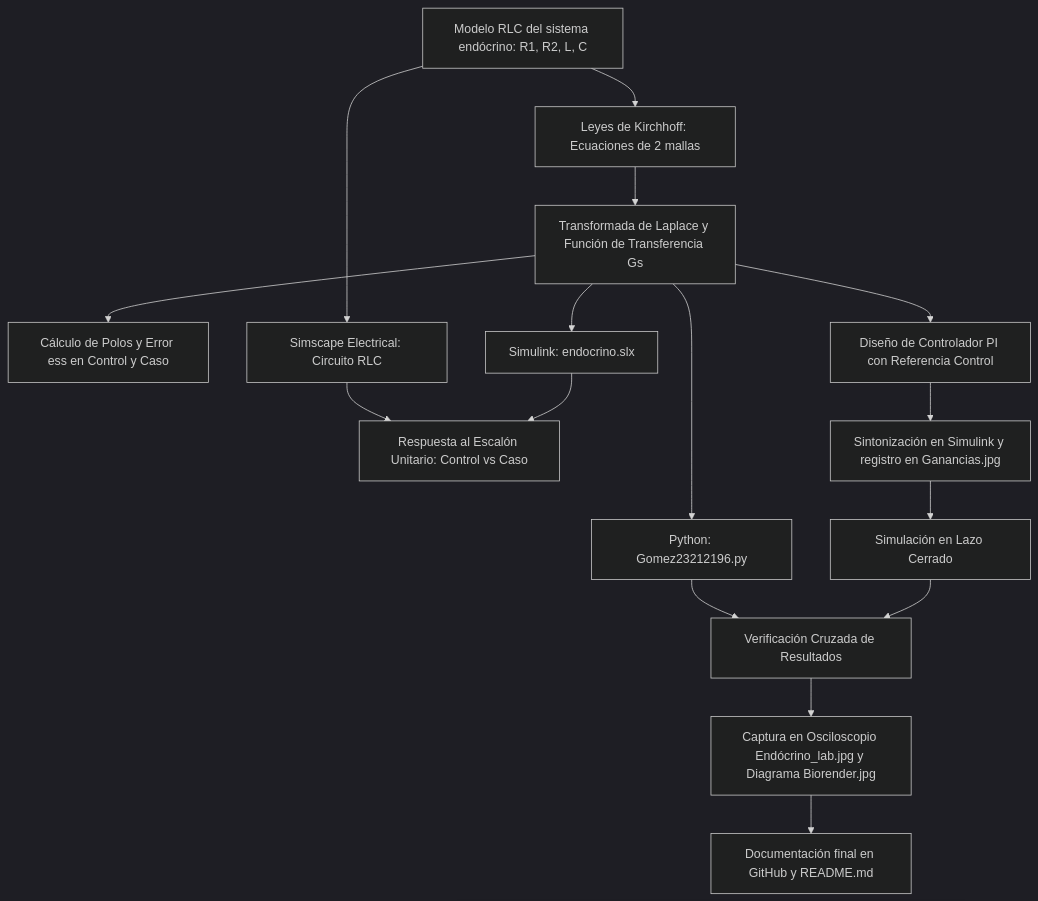
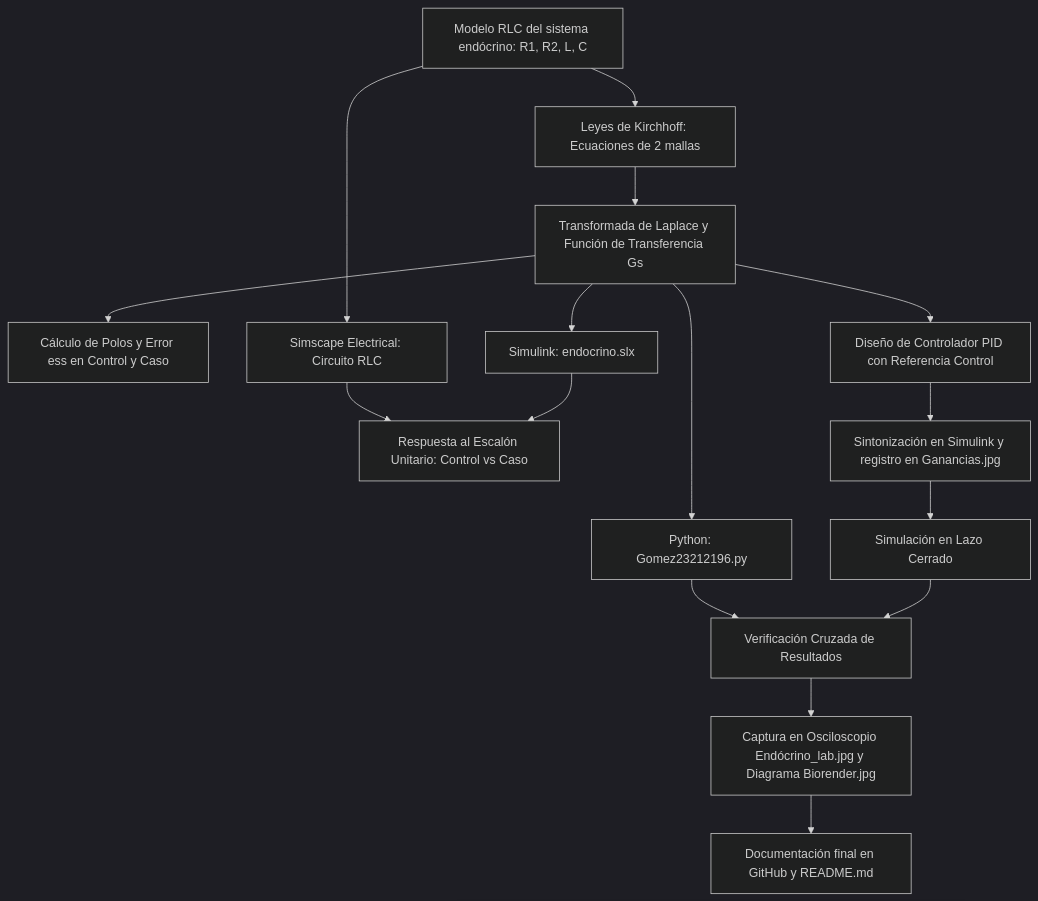
The second of 2 diagrams in README.md (EmiCrack132/MSFP4), drawn with Mermaid (dark theme) before and after one commit. The commit also changed other lines of this file, not shown here.

````diff
--- a/README.md
+++ b/README.md
@@ -318,18 +319,18 @@
 ```mermaid
 flowchart TD
     A[Modelo RLC del sistema endócrino: R1, R2, L, C] --> B[Leyes de Kirchhoff: Ecuaciones de 2 mallas]
     B --> C[Transformada de Laplace y Función de Transferencia Gs]
     C --> D[Cálculo de Polos y Error ess en Control y Caso]
     C --> E[Simulink: endocrino.slx]
     A --> F[Simscape Electrical: Circuito RLC]
     E --> G[Respuesta al Escalón Unitario: Control vs Caso]
     F --> G
-    C --> H[Diseño de Controlador PI con Referencia Control]
+    C --> H[Diseño de Controlador PID con Referencia Control]
     H --> I[Sintonización en Simulink y registro en Ganancias.jpg]
     I --> J[Simulación en Lazo Cerrado]
     C --> K[Python: Gomez23212196.py]
     J --> L[Verificación Cruzada de Resultados]
     K --> L
     L --> M[Captura en Osciloscopio Endócrino_lab.jpg y Diagrama Biorender.jpg]
     M --> N[Documentación final en GitHub y README.md]
 ```
````
